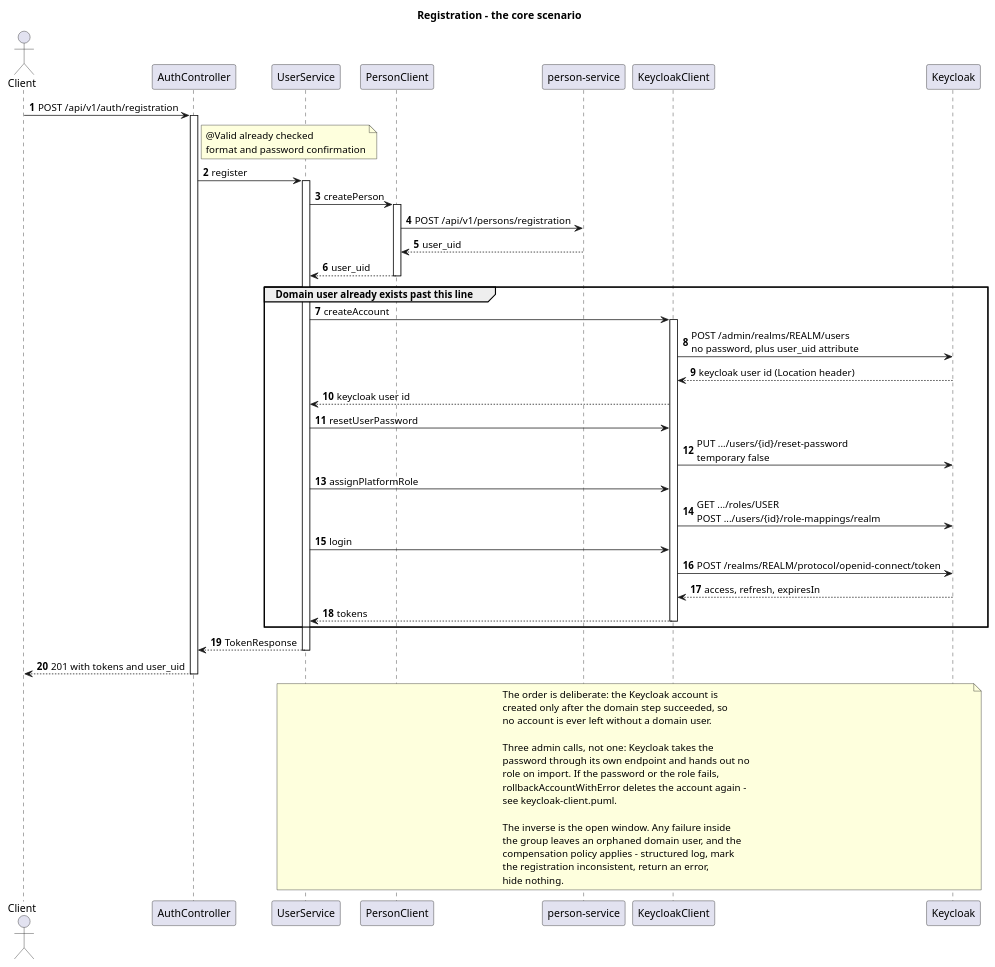
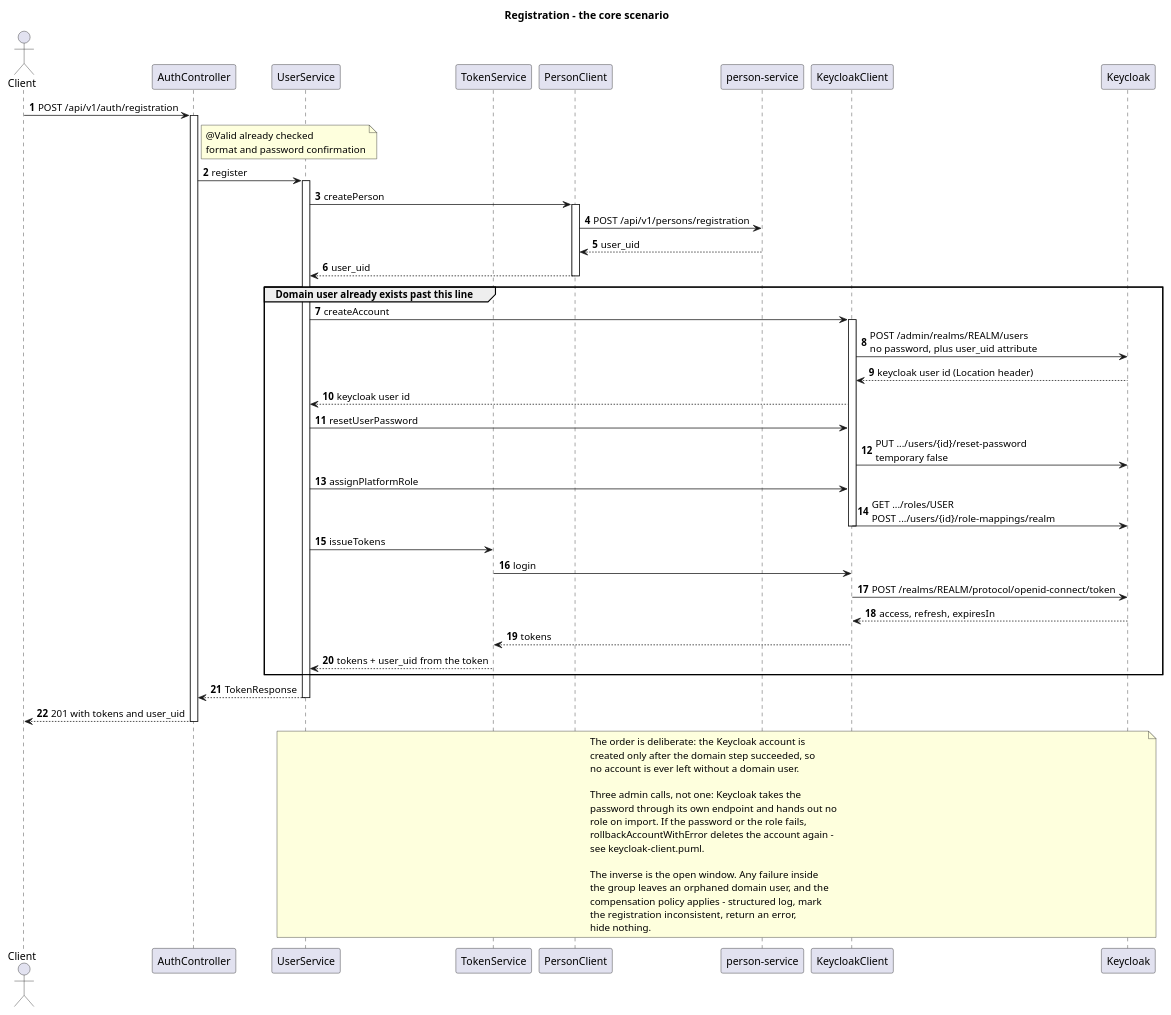
Before and after one commit to dezxxx/payment-platform: the diagram in docs/puml-diagrams/registration-sequence.puml, drawn with PlantUML. The commit also changed 21 other files, not shown here.

First line of the commit message:
feat: name every scenario step as a span and issue tokens through TokenService

```diff
--- a/docs/puml-diagrams/registration-sequence.puml
+++ b/docs/puml-diagrams/registration-sequence.puml
@@ -1,68 +1,71 @@
 @startuml registration
 title Registration - the core scenario
 
 autonumber
 skinparam shadowing false
 
 actor Client
 participant "AuthController" as Ctl
 participant "UserService" as Svc
+participant "TokenService" as Tok
 participant "PersonClient" as PCl
 participant "person-service" as Per
 participant "KeycloakClient" as KCl
 participant "Keycloak" as Kc
 
 Client -> Ctl : POST /api/v1/auth/registration
 activate Ctl
 note right of Ctl : @Valid already checked\nformat and password confirmation
 Ctl -> Svc : register
 activate Svc
 
 Svc -> PCl : createPerson
 activate PCl
 PCl -> Per : POST /api/v1/persons/registration
 Per --> PCl : user_uid
 PCl --> Svc : user_uid
 deactivate PCl
 
 group Domain user already exists past this line
   Svc -> KCl : createAccount
   activate KCl
   KCl -> Kc : POST /admin/realms/REALM/users\nno password, plus user_uid attribute
   Kc --> KCl : keycloak user id (Location header)
   KCl --> Svc : keycloak user id
   Svc -> KCl : resetUserPassword
   KCl -> Kc : PUT .../users/{id}/reset-password\ntemporary false
   Svc -> KCl : assignPlatformRole
   KCl -> Kc : GET .../roles/USER\nPOST .../users/{id}/role-mappings/realm
-  Svc -> KCl : login
+  deactivate KCl
+  Svc -> Tok : issueTokens
+  Tok -> KCl : login
   KCl -> Kc : POST /realms/REALM/protocol/openid-connect/token
   Kc --> KCl : access, refresh, expiresIn
-  KCl --> Svc : tokens
-  deactivate KCl
+  KCl --> Tok : tokens
+  Tok --> Svc : tokens + user_uid from the token
 end
 
 Svc --> Ctl : TokenResponse
 deactivate Svc
 Ctl --> Client : 201 with tokens and user_uid
 deactivate Ctl
 
 note over Svc, Kc
   The order is deliberate: the Keycloak account is
   created only after the domain step succeeded, so
   no account is ever left without a domain user.
 
   Three admin calls, not one: Keycloak takes the
   password through its own endpoint and hands out no
   role on import. If the password or the role fails,
   rollbackAccountWithError deletes the account again -
   see keycloak-client.puml.
 
   The inverse is the open window. Any failure inside
   the group leaves an orphaned domain user, and the
   compensation policy applies - structured log, mark
   the registration inconsistent, return an error,
   hide nothing.
 end note
 
 @enduml
```
